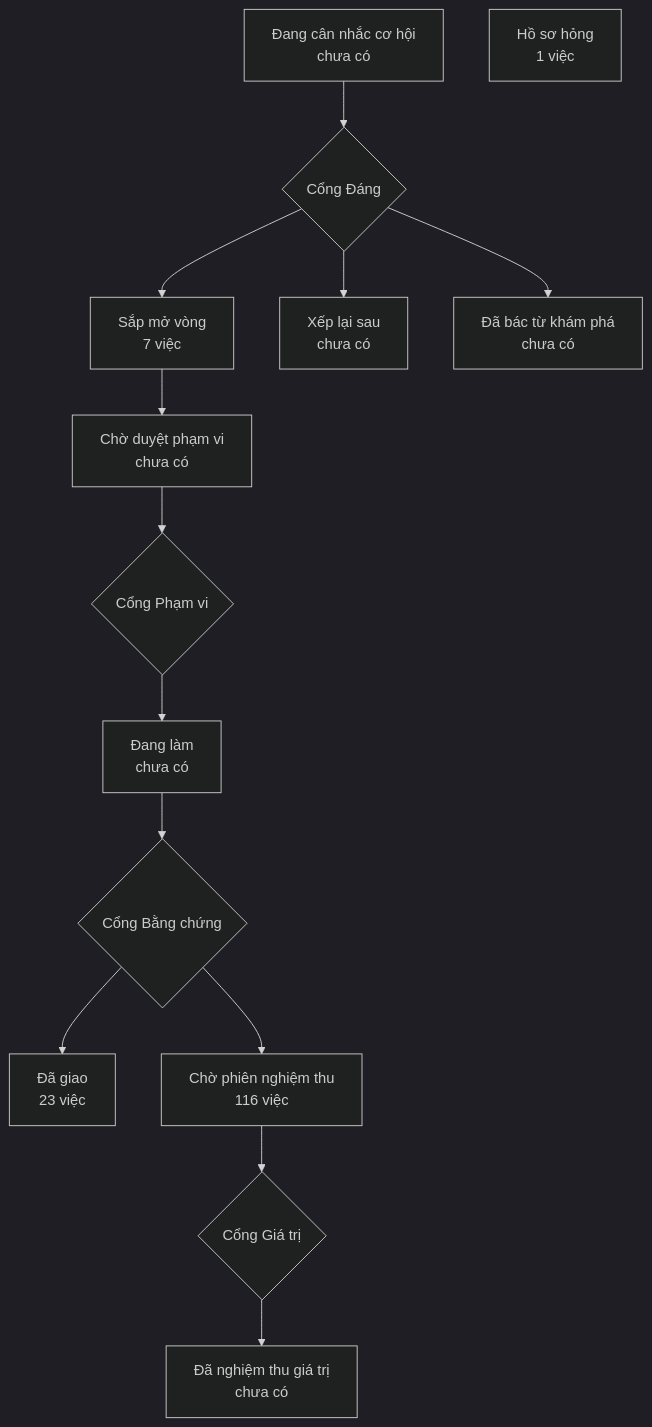
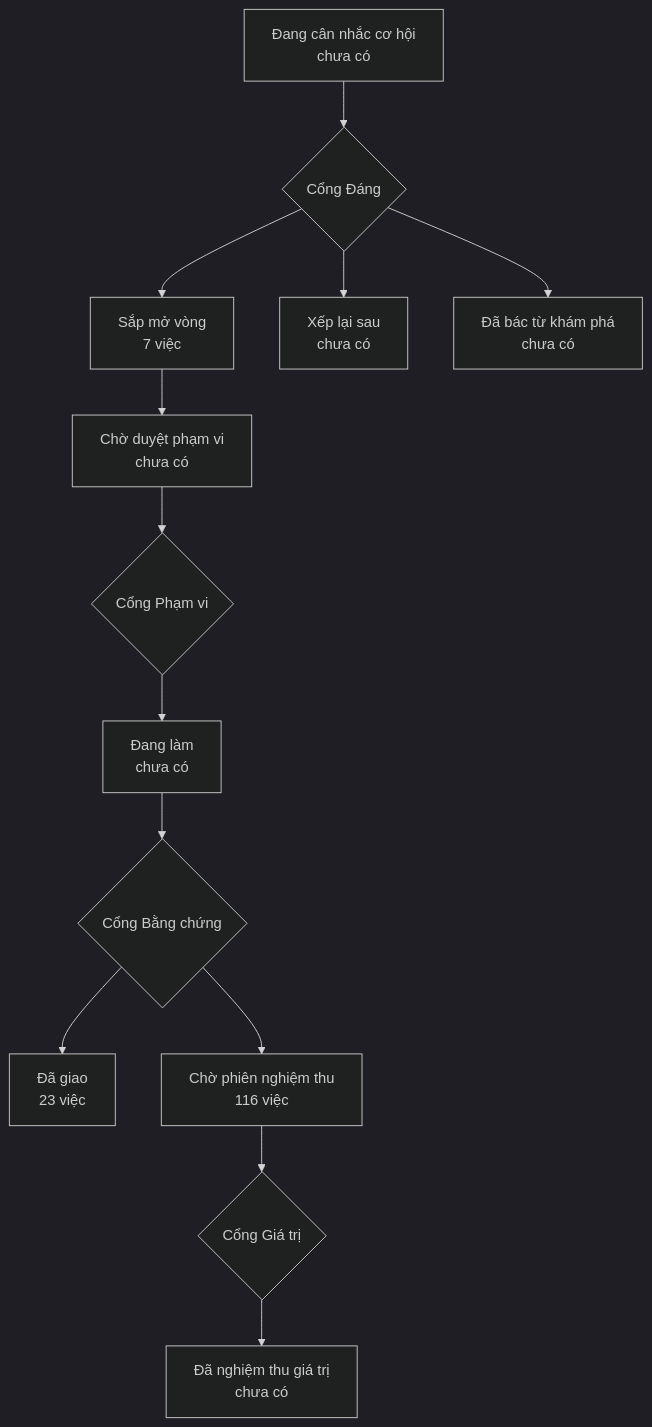
The diagram in PRODUCT-MAP.md (phanlemanh/onehub-quy-hang), drawn with Mermaid (dark theme) before and after one commit. The commit also changed other lines of this file and 1 other file, not shown here.

````diff
--- a/PRODUCT-MAP.md
+++ b/PRODUCT-MAP.md
@@ -7,13 +7,12 @@
 ```mermaid
 flowchart TD
   A["Đang cân nhắc cơ hội<br/>chưa có"] --> GD{"Cổng Đáng"}
   GD --> B["Sắp mở vòng<br/>7 việc"]
   GD --> XL["Xếp lại sau<br/>chưa có"]
   GD --> DB["Đã bác từ khám phá<br/>chưa có"]
   B --> CD["Chờ duyệt phạm vi<br/>chưa có"] --> GP{"Cổng Phạm vi"}
   GP --> DL["Đang làm<br/>chưa có"] --> GB{"Cổng Bằng chứng"}
   GB --> DG["Đã giao<br/>23 việc"]
   GB --> CN["Chờ phiên nghiệm thu<br/>116 việc"] --> GG{"Cổng Giá trị"}
   GG --> NT["Đã nghiệm thu giá trị<br/>chưa có"]
-  HS["Hồ sơ hỏng<br/>1 việc"]
 ```
````
